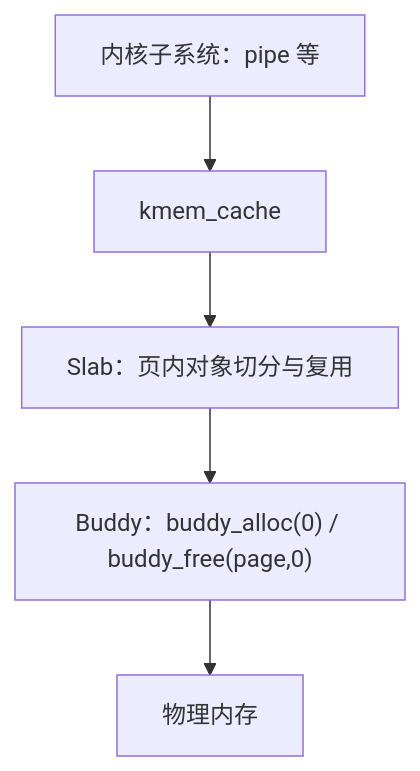
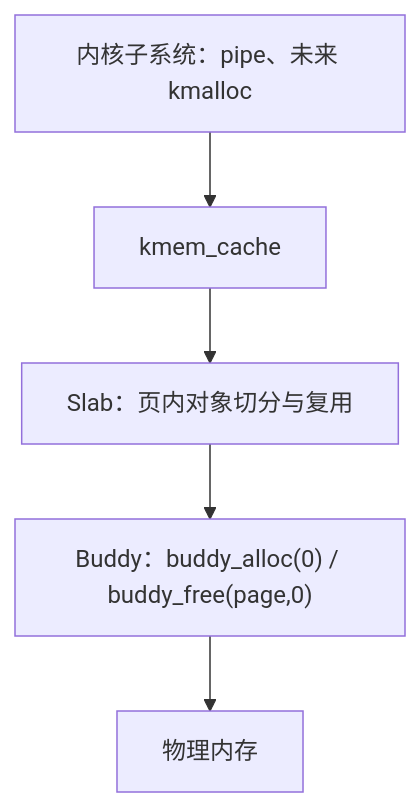
One commit to Mina1insky/xv6-riscv changed the diagram in xv6-slab-implementation-guide.md. Above: the diagram before and after it, drawn with Mermaid. The commit also changed other lines of this file and 1 other file, not shown here.

````diff
--- a/xv6-slab-implementation-guide.md
+++ b/xv6-slab-implementation-guide.md
@@ -26,7 +27,7 @@
 ```mermaid
 flowchart TD
-    A["内核子系统：pipe 等"] --> B["kmem_cache"]
+    A["内核子系统：pipe、未来 kmalloc"] --> B["kmem_cache"]
     B --> C["Slab：页内对象切分与复用"]
     C --> D["Buddy：buddy_alloc(0) / buddy_free(page,0)"]
     D --> E["物理内存"]
 ```
````
